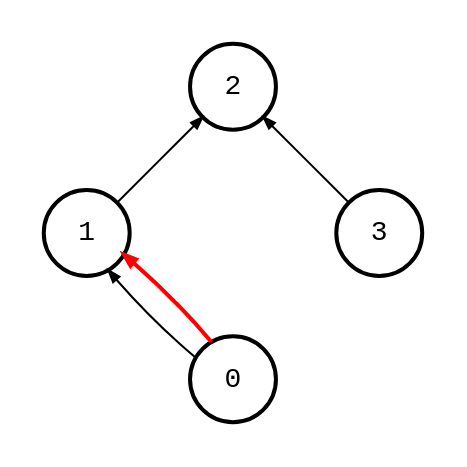
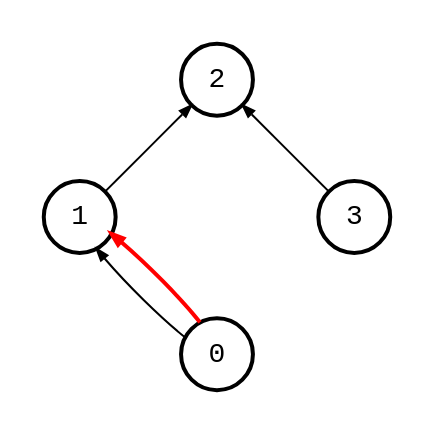
One commit to bsdrks/graaf-images changed the diagram in src/adjacency_matrix_parallel_arcs-0.87.4.dot. Above: the diagram before and after it, drawn with Graphviz. The commit also changed 168 other files, not shown here.

```diff
--- a/src/adjacency_matrix_parallel_arcs-0.87.4.dot
+++ b/src/adjacency_matrix_parallel_arcs-0.87.4.dot
@@ -1,12 +1,12 @@
 digraph {
-    node [shape=circle, fontname="monospace", style=bold, fixedsize=true, width="0.6"];
+    node [shape=circle, fontname="monospace", style=bold, fixedsize=true, width="0.5"];
     edge [arrowsize=0.6, fontname="monospace", fontsize=9];
     layout=circo;
     pad=0.2;
 
     0 -> 1;
     1 -> 2;
     3 -> 2;
     0 -> 1 [style=bold, color=red];
     3 -> 0 [style=invis];
 }
```
